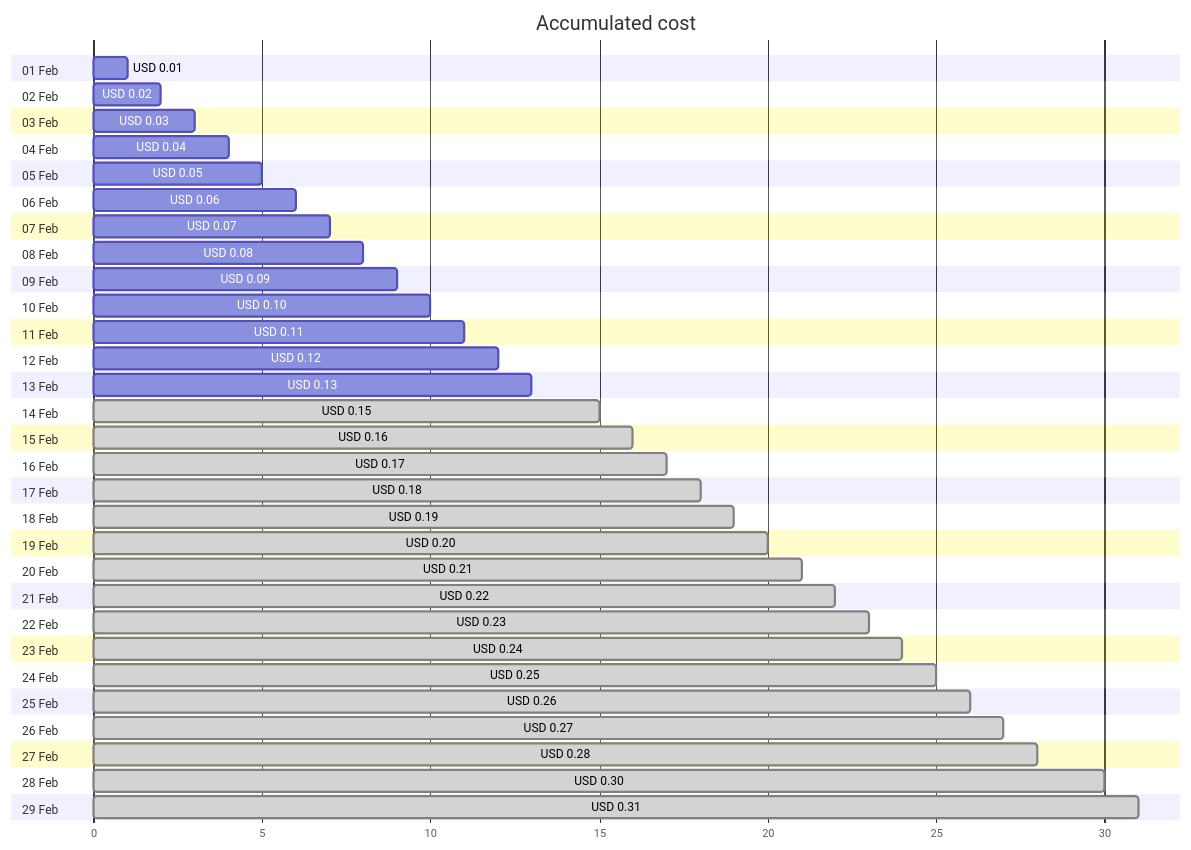
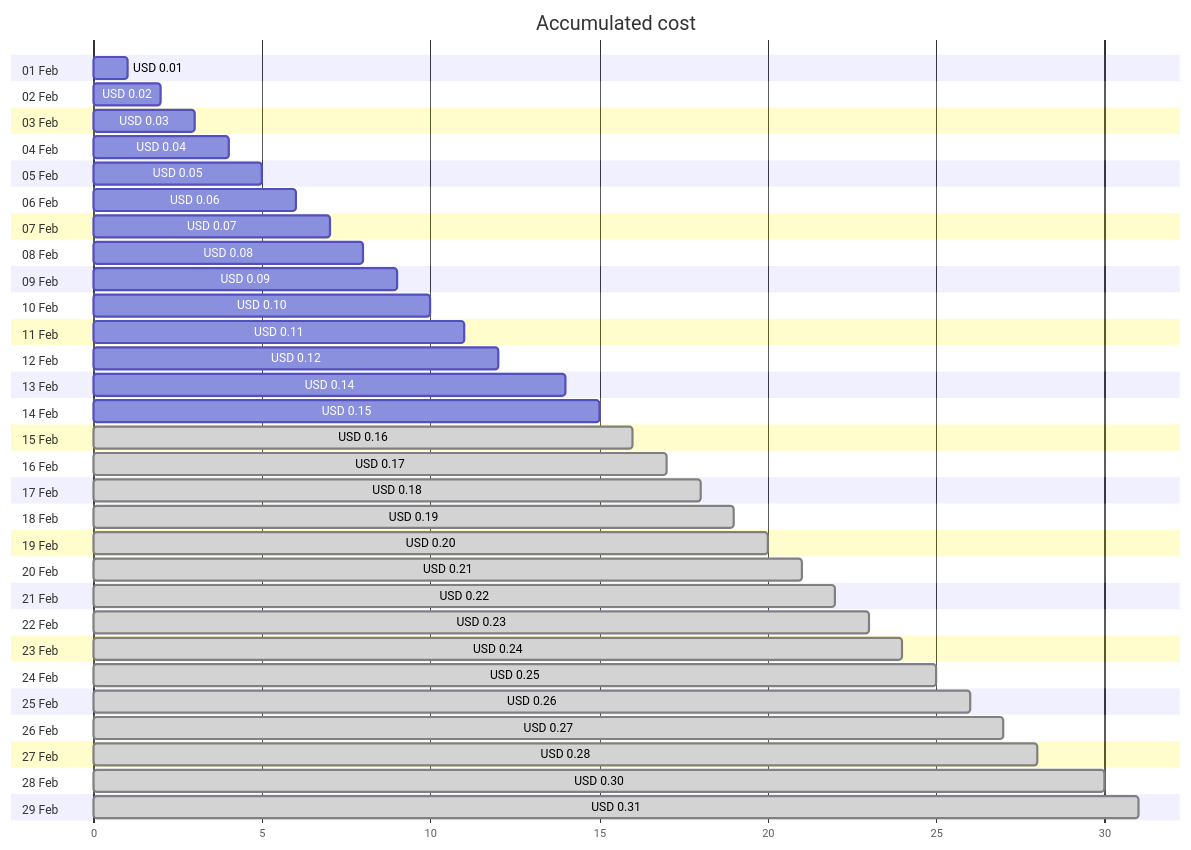
The first of 4 diagrams in cost-reports/cloud-shell-storage-eastus/README.md (jpfulton/azure-personal-reports), drawn with Mermaid before and after one commit. The commit also changed other lines of this file and 1 other file, not shown here.

````diff
--- a/cost-reports/cloud-shell-storage-eastus/README.md
+++ b/cost-reports/cloud-shell-storage-eastus/README.md
@@ -20,64 +20,64 @@
 ```mermaid
 gantt
    title Accumulated cost
    dateFormat  X
    axisFormat %s
    section 01 Feb
    USD 0.01 :0, 1
    section 02 Feb
    USD 0.02 :0, 2
    section 03 Feb
    USD 0.03 :0, 3
    section 04 Feb
    USD 0.04 :0, 4
    section 05 Feb
    USD 0.05 :0, 5
    section 06 Feb
    USD 0.06 :0, 6
    section 07 Feb
    USD 0.07 :0, 7
    section 08 Feb
    USD 0.08 :0, 8
    section 09 Feb
    USD 0.09 :0, 9
    section 10 Feb
    USD 0.10 :0, 10
    section 11 Feb
    USD 0.11 :0, 11
    section 12 Feb
    USD 0.12 :0, 12
    section 13 Feb
-   USD 0.13 :0, 13
+   USD 0.14 :0, 14
    section 14 Feb
-   USD 0.15 : done, 0, 15
+   USD 0.15 :0, 15
    section 15 Feb
    USD 0.16 : done, 0, 16
    section 16 Feb
    USD 0.17 : done, 0, 17
    section 17 Feb
    USD 0.18 : done, 0, 18
    section 18 Feb
    USD 0.19 : done, 0, 19
    section 19 Feb
    USD 0.20 : done, 0, 20
    section 20 Feb
    USD 0.21 : done, 0, 21
    section 21 Feb
    USD 0.22 : done, 0, 22
    section 22 Feb
    USD 0.23 : done, 0, 23
    section 23 Feb
    USD 0.24 : done, 0, 24
    section 24 Feb
    USD 0.25 : done, 0, 25
    section 25 Feb
    USD 0.26 : done, 0, 26
    section 26 Feb
    USD 0.27 : done, 0, 27
    section 27 Feb
    USD 0.28 : done, 0, 28
    section 28 Feb
    USD 0.30 : done, 0, 30
    section 29 Feb
    USD 0.31 : done, 0, 31
 ```
````
